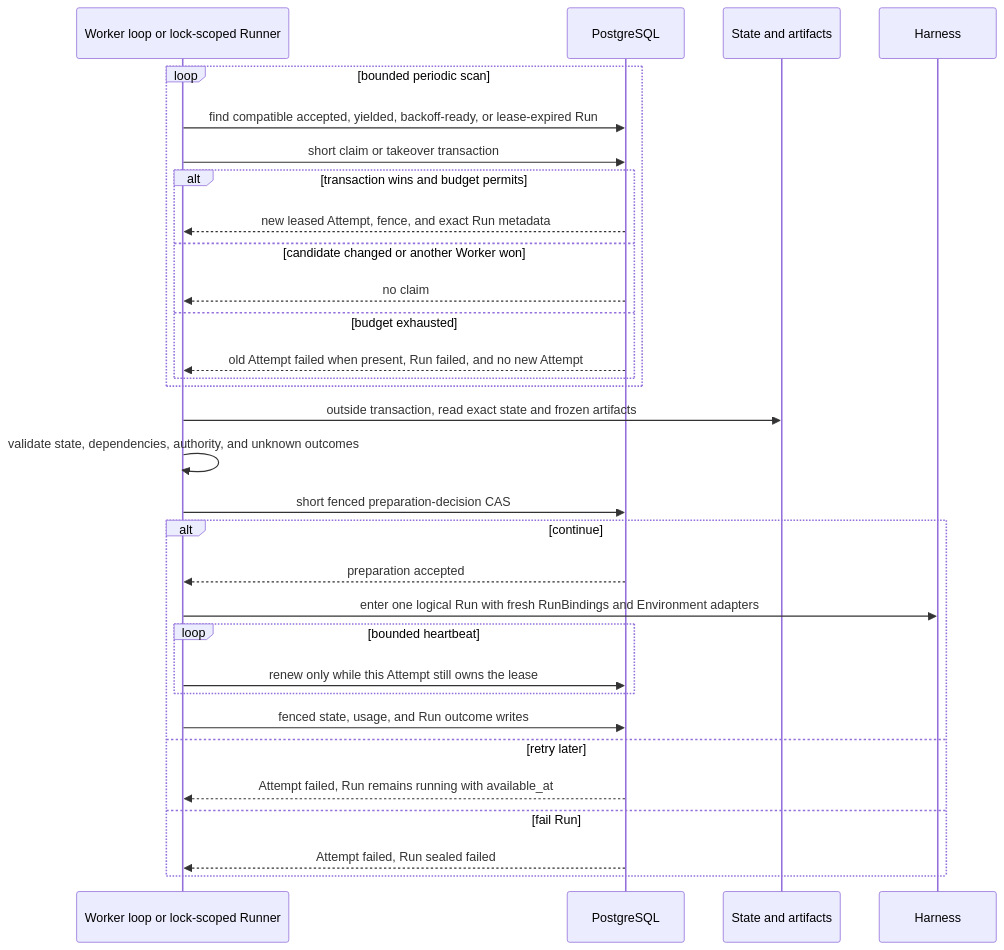
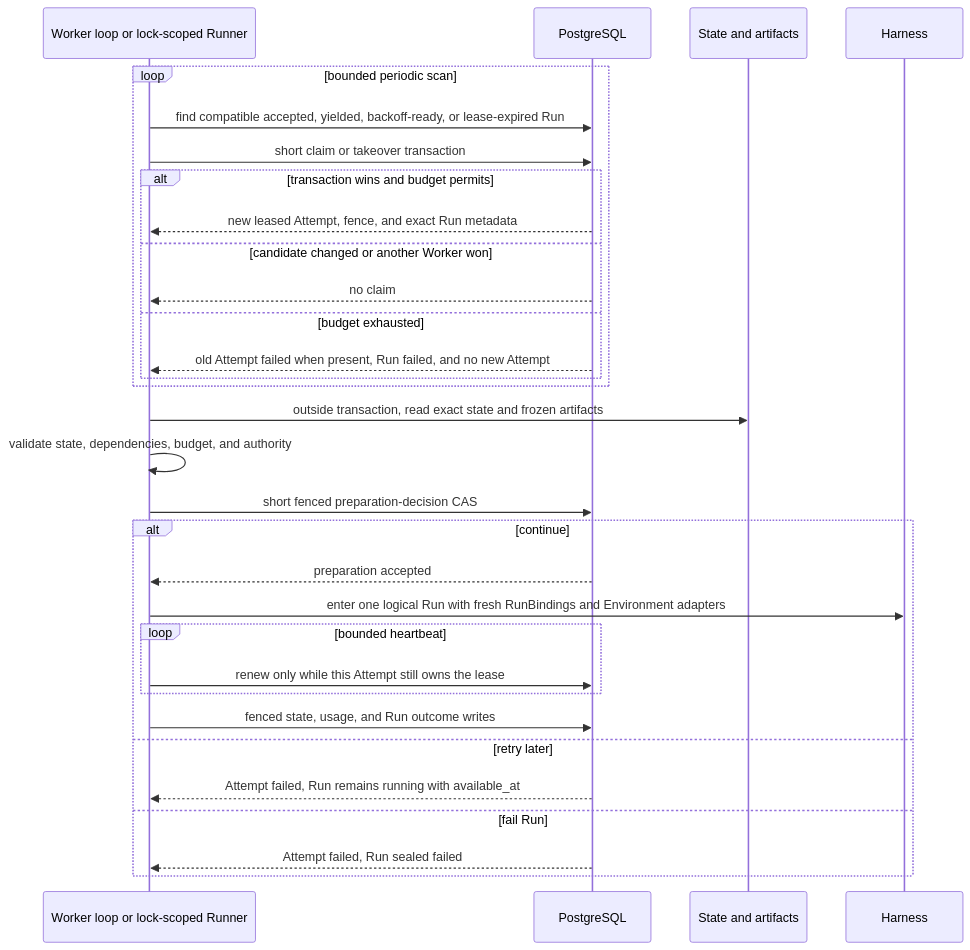
One commit to LTThreeComma/agent-foundation changed the diagram in spec/foundation-service/16-scheduling-workers-and-recovery.md. Above: the diagram before and after it, drawn with Mermaid. The commit also changed other lines of this file and 14 other files, not shown here.

````diff
--- a/spec/foundation-service/16-scheduling-workers-and-recovery.md
+++ b/spec/foundation-service/16-scheduling-workers-and-recovery.md
@@ -34,34 +34,34 @@
 ```mermaid
 sequenceDiagram
     participant Executor as Worker loop or lock-scoped Runner
     participant DB as PostgreSQL
     participant Objects as State and artifacts
     participant Harness
 
     loop bounded periodic scan
         Executor->>DB: find compatible accepted, yielded, backoff-ready, or lease-expired Run
         Executor->>DB: short claim or takeover transaction
         alt transaction wins and budget permits
             DB-->>Executor: new leased Attempt, fence, and exact Run metadata
         else candidate changed or another Worker won
             DB-->>Executor: no claim
         else budget exhausted
             DB-->>Executor: old Attempt failed when present, Run failed, and no new Attempt
         end
     end
     Executor->>Objects: outside transaction, read exact state and frozen artifacts
-    Executor->>Executor: validate state, dependencies, authority, and unknown outcomes
+    Executor->>Executor: validate state, dependencies, budget, and authority
     Executor->>DB: short fenced preparation-decision CAS
     alt continue
         DB-->>Executor: preparation accepted
         Executor->>Harness: enter one logical Run with fresh RunBindings and Environment adapters
         loop bounded heartbeat
             Executor->>DB: renew only while this Attempt still owns the lease
         end
         Executor->>DB: fenced state, usage, and Run outcome writes
     else retry later
         DB-->>Executor: Attempt failed, Run remains running with available_at
     else fail Run
         DB-->>Executor: Attempt failed, Run sealed failed
     end
 ```
````
